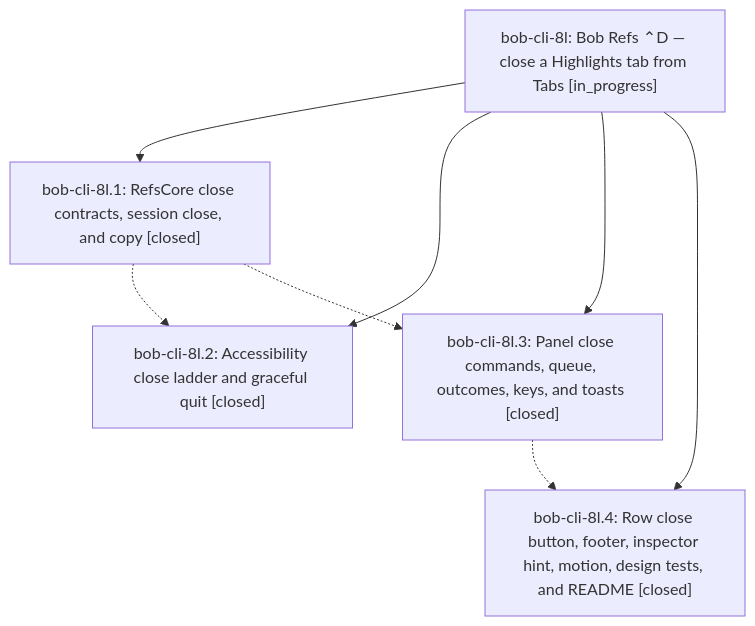
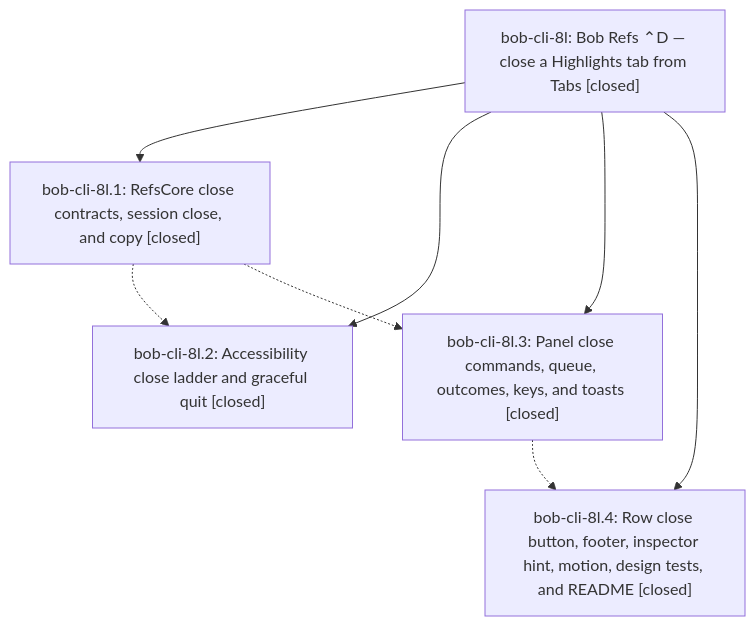
One commit to bobs-org/bob-cli--beads changed the diagram in pages/bob-cli-8l/README.md. Above: the diagram before and after it, drawn with Mermaid. The commit also changed other lines of this file and 1 other file, not shown here.

First line of the commit message:
chore(beads): sync bead state and pages for bob-cli-8l

````diff
--- a/pages/bob-cli-8l/README.md
+++ b/pages/bob-cli-8l/README.md
@@ -43,15 +48,15 @@
 ```mermaid
 flowchart TD
-    n0["bob-cli-8l: Bob Refs ⌃D — close a Highlights tab from Tabs [in_progress]"]
+    n0["bob-cli-8l: Bob Refs ⌃D — close a Highlights tab from Tabs [closed]"]
     n1["bob-cli-8l.1: RefsCore close contracts, session close, and copy [closed]"]
     n2["bob-cli-8l.2: Accessibility close ladder and graceful quit [closed]"]
     n3["bob-cli-8l.3: Panel close commands, queue, outcomes, keys, and toasts [closed]"]
     n4["bob-cli-8l.4: Row close button, footer, inspector hint, motion, design tests, and README [closed]"]
     n0 --> n1
     n0 --> n2
     n0 --> n3
     n0 --> n4
     n1 -.-> n2
     n1 -.-> n3
     n3 -.-> n4
 ```
````
